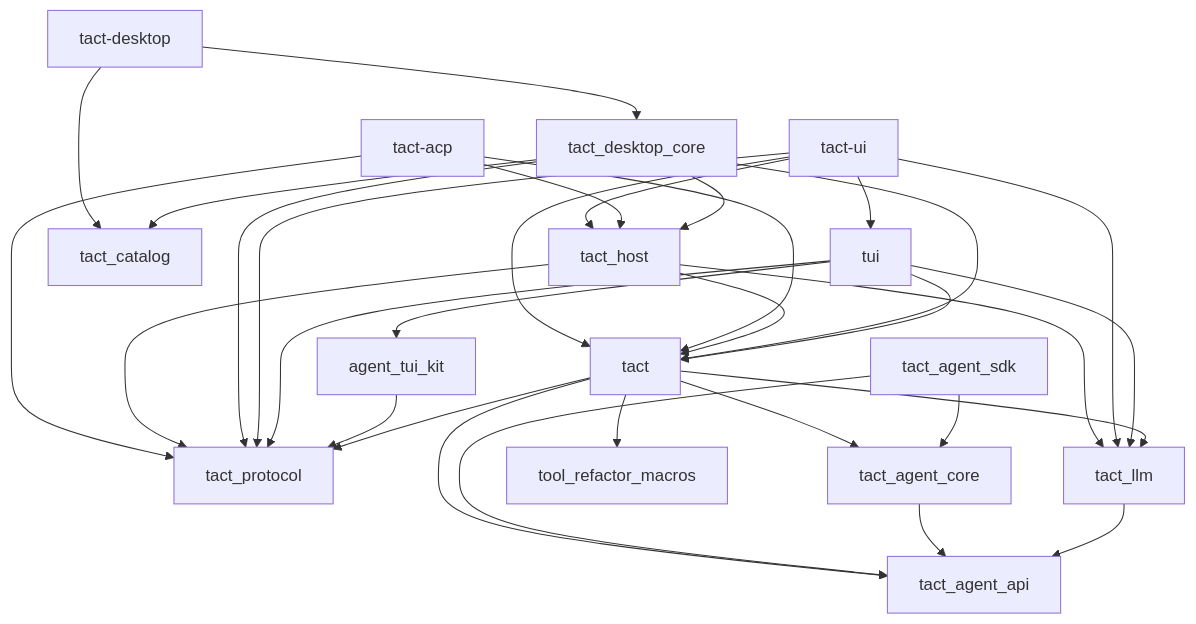
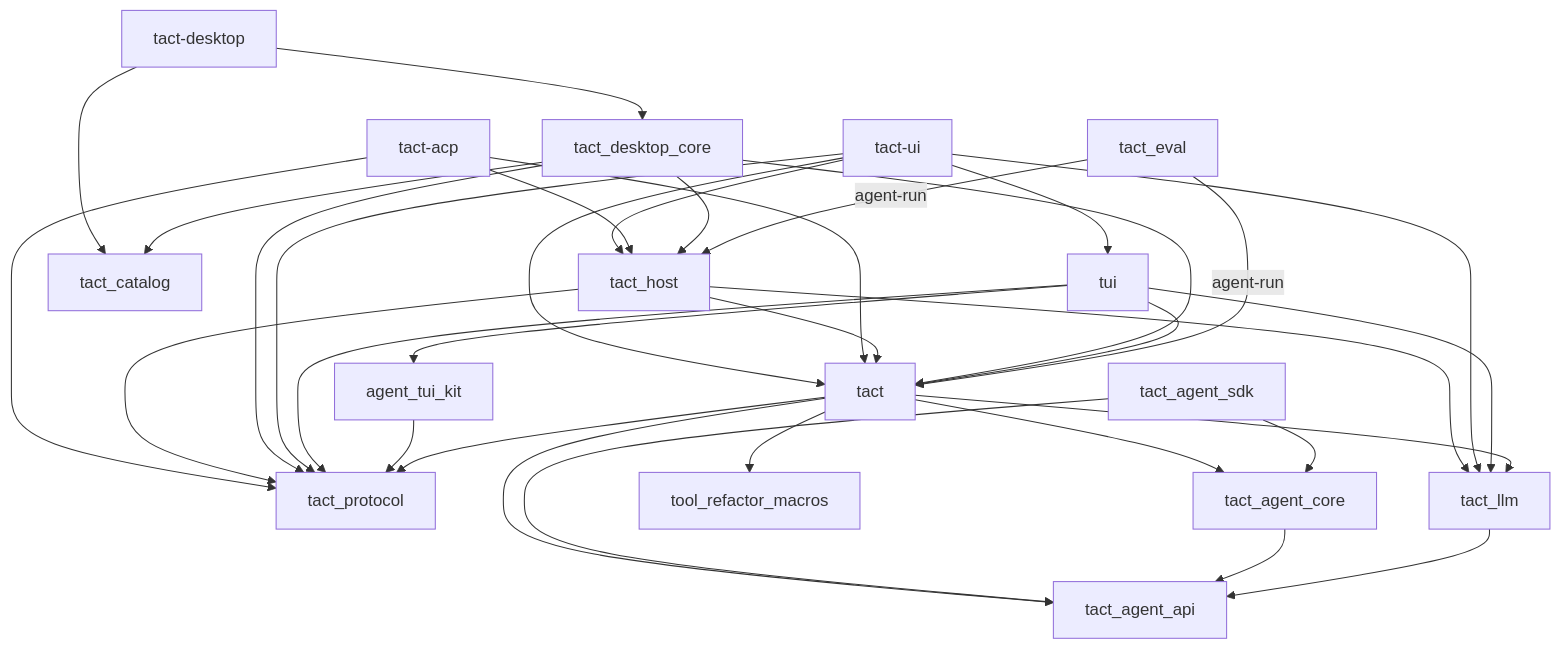
One commit to rust-infra/tact changed the first of 10 diagrams in ARCHITECTURE.md. Above: the diagram before and after it, drawn with Mermaid. The commit also changed other lines of this file and 102 other files, not shown here.

First line of the commit message:
feat(eval): add an evaluation harness for the agent (#135)

````diff
--- a/ARCHITECTURE.md
+++ b/ARCHITECTURE.md
@@ -33,34 +34,36 @@
 ```mermaid
 flowchart TB
     tact_ui["tact-ui"] --> tact
     tact_ui --> tact_host["tact_host"]
     tact_acp["tact-acp"] --> tact
     tact_acp --> tact_host
     tact_acp --> tact_protocol
     tact_host --> tact
     tact_host --> tact_llm
     tact_host --> tact_protocol
     tact_desktop["tact-desktop"] --> tact_desktop_core["tact_desktop_core"]
     tact_desktop --> tact_catalog
     tact_desktop_core --> tact_host
     tact_desktop_core --> tact_catalog
     tact_desktop_core --> tact_protocol
     tact_desktop_core --> tact
     tact_ui --> tui
     tact_ui --> tact_llm
     tact_ui --> tact_protocol
     tui --> agent_tui_kit
     tui --> tact
     tui --> tact_llm
     tui --> tact_protocol
     agent_tui_kit --> tact_protocol
     tact --> tact_agent_api["tact_agent_api"]
     tact --> tact_agent_core["tact_agent_core"]
     tact --> tact_llm
     tact --> tact_protocol
     tact --> tool_refactor_macros
     tact_agent_sdk["tact_agent_sdk"] --> tact_agent_api["tact_agent_api"]
     tact_agent_sdk --> tact_agent_core["tact_agent_core"]
     tact_agent_core --> tact_agent_api
     tact_llm --> tact_agent_api
+    tact_eval["tact_eval"] -->|agent-run| tact
+    tact_eval -->|agent-run| tact_host
 ```
````
